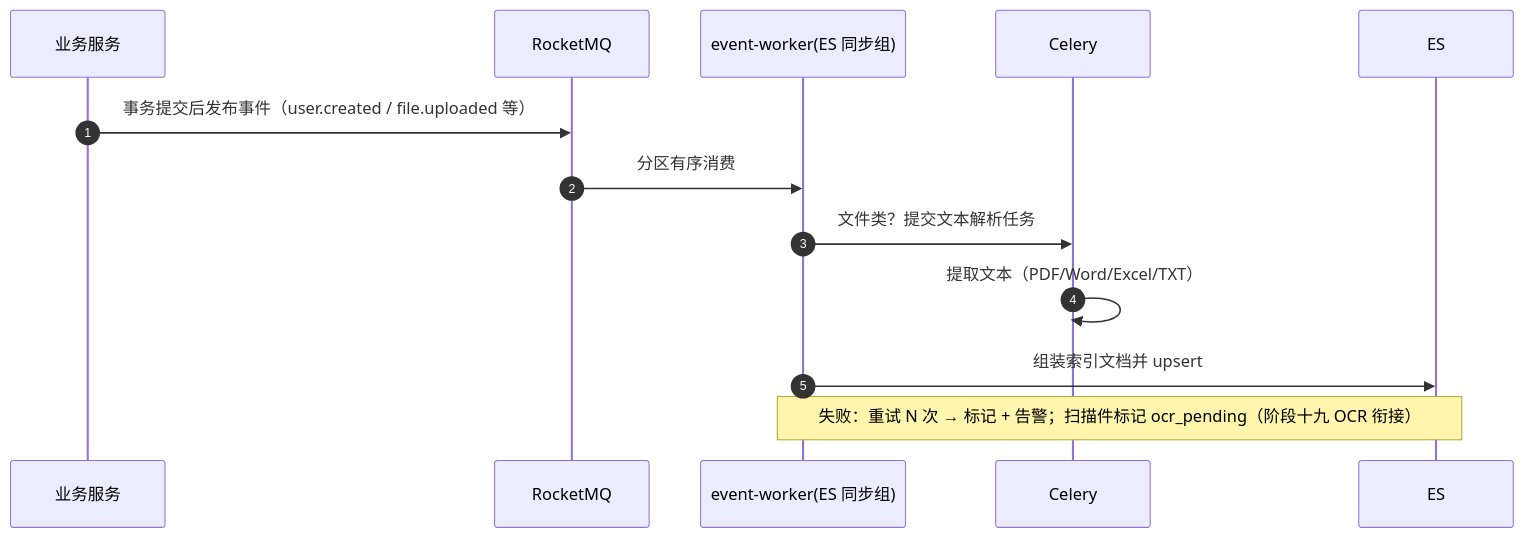
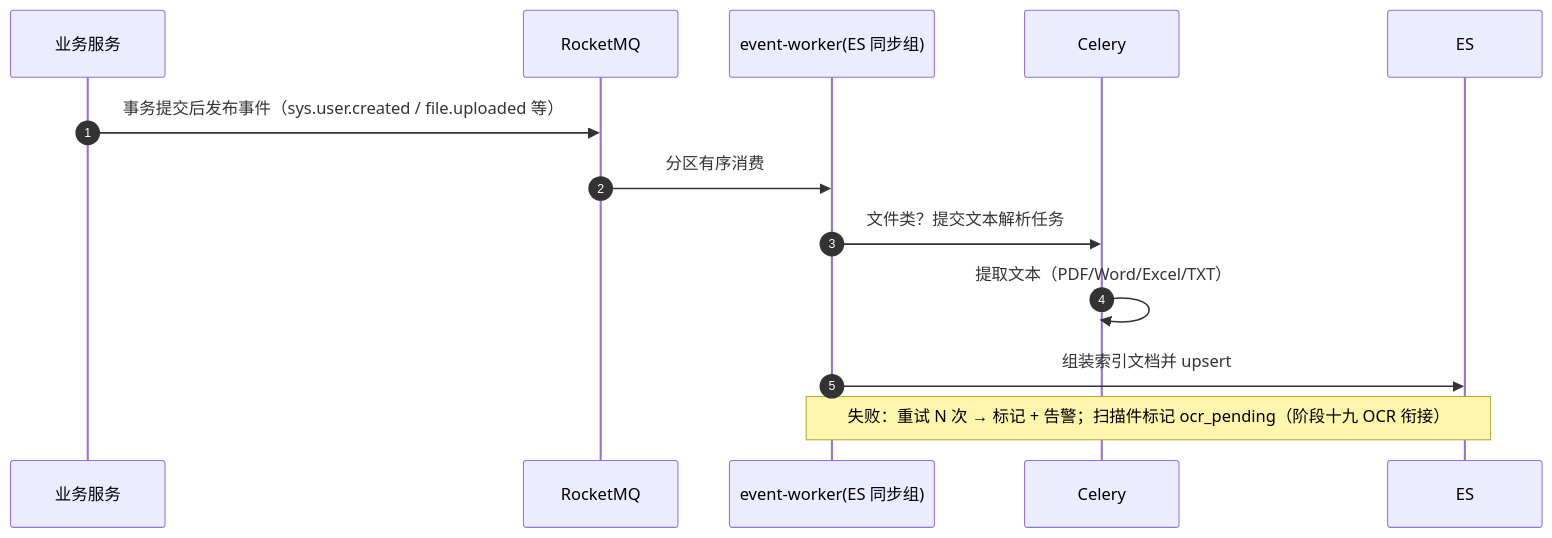
The first of 2 diagrams in bms文档/设计/概要设计/33_概要设计_全文检索.md (minjian123/basic-management-system), drawn with Mermaid before and after one commit. The commit also changed other lines of this file and 28 other files, not shown here.

````diff
--- a/bms文档/设计/概要设计/33_概要设计_全文检索.md
+++ b/bms文档/设计/概要设计/33_概要设计_全文检索.md
@@ -82,16 +82,16 @@
 ```mermaid
 sequenceDiagram
     autonumber
     participant 业务 as 业务服务
     participant MQ as RocketMQ
     participant worker as event-worker(ES 同步组)
     participant Celery
     participant ES
 
-    业务->>MQ: 事务提交后发布事件（user.created / file.uploaded 等）
+    业务->>MQ: 事务提交后发布事件（sys.user.created / file.uploaded 等）
     MQ->>worker: 分区有序消费
     worker->>Celery: 文件类？提交文本解析任务
     Celery->>Celery: 提取文本（PDF/Word/Excel/TXT）
     worker->>ES: 组装索引文档并 upsert
     Note over worker, ES: 失败：重试 N 次 → 标记 + 告警；扫描件标记 ocr_pending（阶段十九 OCR 衔接）
 ```
````
